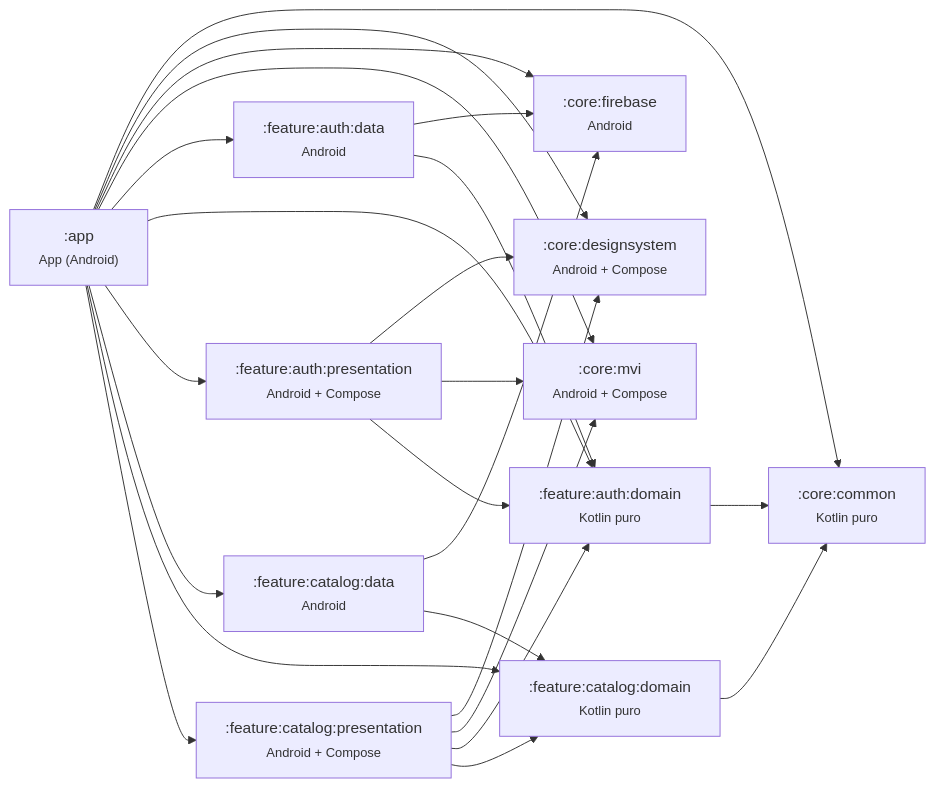
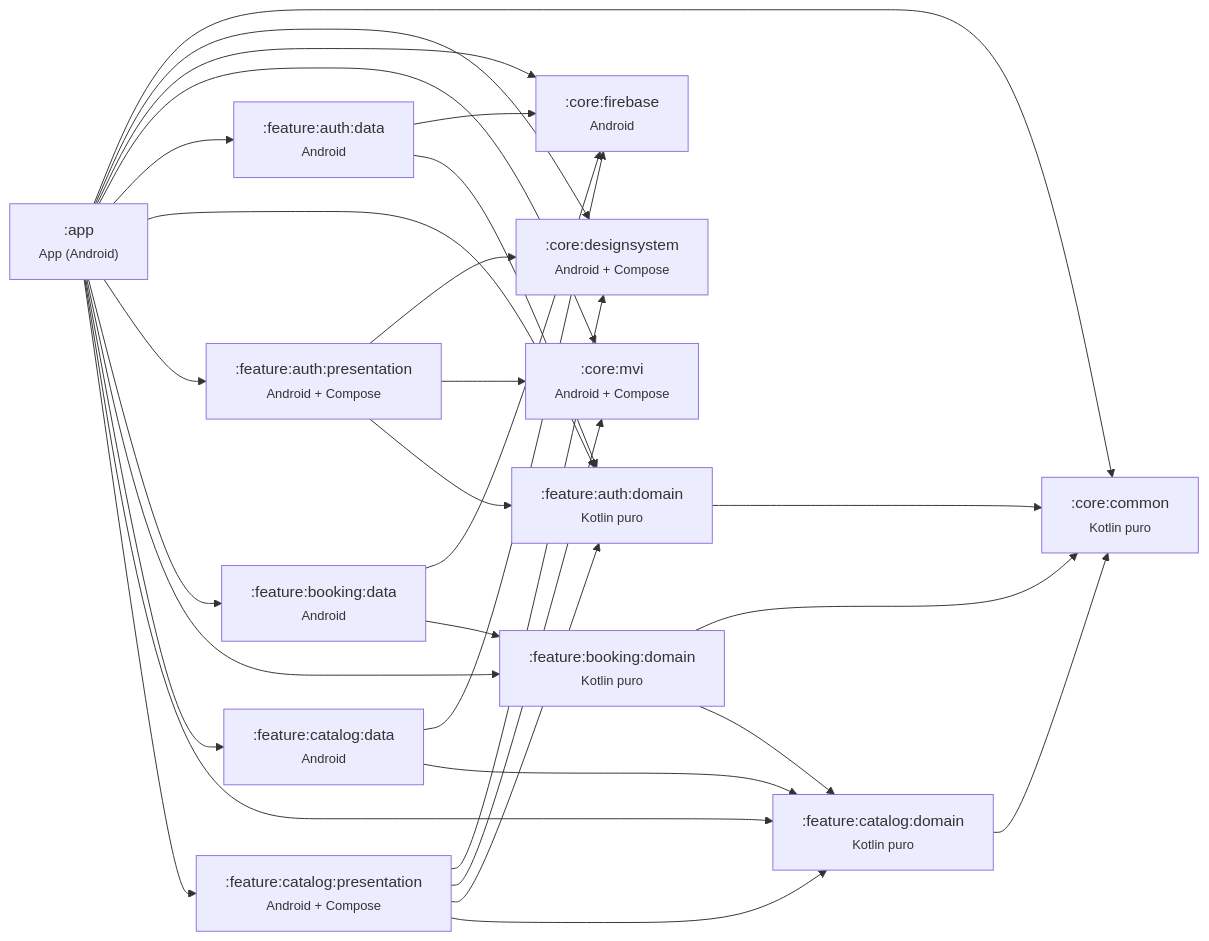
One commit to carlospliskin/Barber-aApp changed the first of 2 diagrams in docs/APP_MAP.md. Above: the diagram before and after it, drawn with Mermaid. The commit also changed other lines of this file and 24 other files, not shown here.

````diff
--- a/docs/APP_MAP.md
+++ b/docs/APP_MAP.md
@@ -17,37 +17,45 @@
 ```mermaid
 graph LR
   app[":app<br/><small>App (Android)</small>"]
   core_common[":core:common<br/><small>Kotlin puro</small>"]
   core_mvi[":core:mvi<br/><small>Android + Compose</small>"]
   core_firebase[":core:firebase<br/><small>Android</small>"]
   core_designsystem[":core:designsystem<br/><small>Android + Compose</small>"]
   feature_auth_domain[":feature:auth:domain<br/><small>Kotlin puro</small>"]
   feature_auth_data[":feature:auth:data<br/><small>Android</small>"]
   feature_auth_presentation[":feature:auth:presentation<br/><small>Android + Compose</small>"]
   feature_catalog_domain[":feature:catalog:domain<br/><small>Kotlin puro</small>"]
   feature_catalog_data[":feature:catalog:data<br/><small>Android</small>"]
   feature_catalog_presentation[":feature:catalog:presentation<br/><small>Android + Compose</small>"]
+  feature_booking_domain[":feature:booking:domain<br/><small>Kotlin puro</small>"]
+  feature_booking_data[":feature:booking:data<br/><small>Android</small>"]
   app --> core_common
   app --> core_designsystem
   app --> core_firebase
   app --> core_mvi
   app --> feature_auth_data
   app --> feature_auth_domain
   app --> feature_auth_presentation
+  app --> feature_booking_data
+  app --> feature_booking_domain
   app --> feature_catalog_data
   app --> feature_catalog_domain
   app --> feature_catalog_presentation
   feature_auth_domain --> core_common
   feature_auth_data --> core_firebase
   feature_auth_data --> feature_auth_domain
   feature_auth_presentation --> core_designsystem
   feature_auth_presentation --> core_mvi
   feature_auth_presentation --> feature_auth_domain
   feature_catalog_domain --> core_common
   feature_catalog_data --> core_firebase
   feature_catalog_data --> feature_catalog_domain
   feature_catalog_presentation --> core_designsystem
   feature_catalog_presentation --> core_mvi
   feature_catalog_presentation --> feature_auth_domain
   feature_catalog_presentation --> feature_catalog_domain
+  feature_booking_domain --> core_common
+  feature_booking_domain --> feature_catalog_domain
+  feature_booking_data --> core_firebase
+  feature_booking_data --> feature_booking_domain
 ```
````
